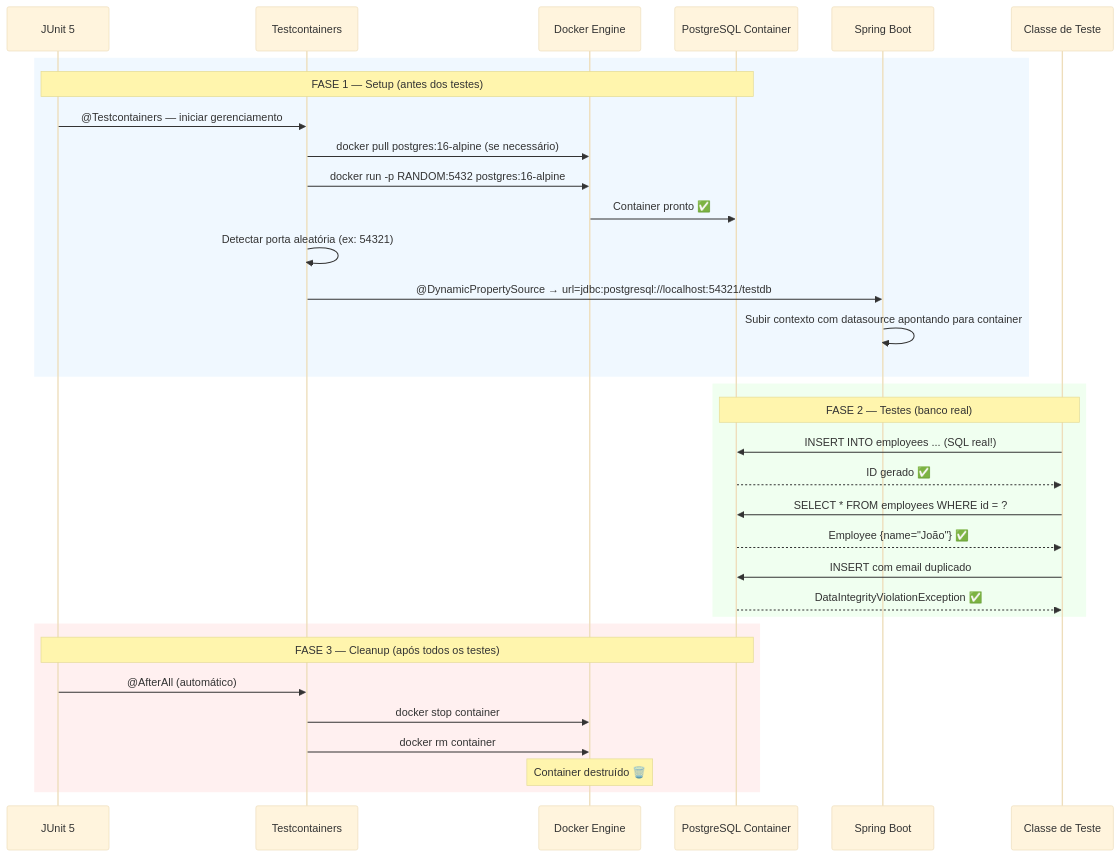
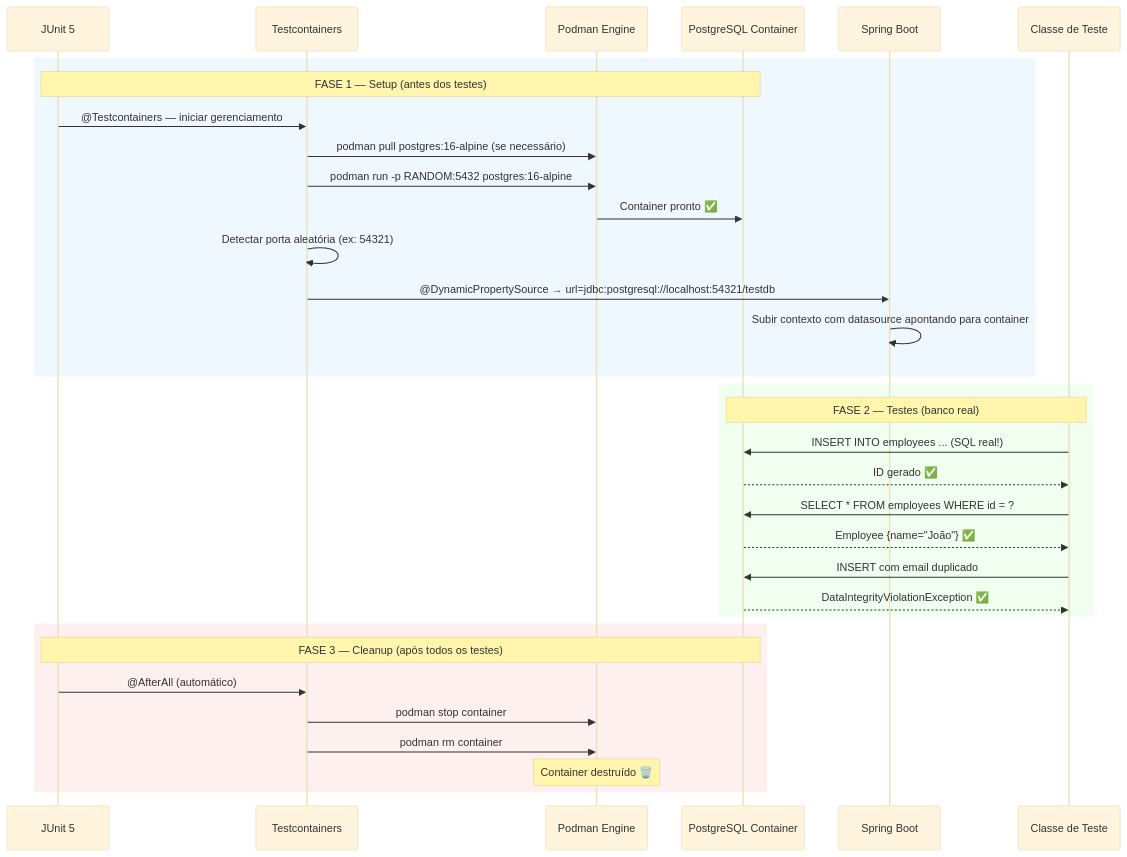
Before and after one commit to deusemarjunior/trein-java-intermed: the fourth of 9 diagrams in dia-04/slide-07.md, drawn with Mermaid (base theme). The commit also changed other lines of this file and 100 other files, not shown here.

Commit message:
removendo docker adicionando podman

````diff
--- a/dia-04/slide-07.md
+++ b/dia-04/slide-07.md
@@ -103,38 +103,38 @@
 ```mermaid
 sequenceDiagram
     participant JUnit as JUnit 5
     participant TC as Testcontainers
-    participant Docker as Docker Engine
+    participant Podman as Podman Engine
     participant PG as PostgreSQL Container
     participant Spring as Spring Boot
     participant Test as Classe de Teste
 
     rect rgb(240, 248, 255)
         Note over JUnit,PG: FASE 1 — Setup (antes dos testes)
         JUnit->>TC: @Testcontainers — iniciar gerenciamento
-        TC->>Docker: docker pull postgres:16-alpine (se necessário)
-        TC->>Docker: docker run -p RANDOM:5432 postgres:16-alpine
-        Docker->>PG: Container pronto ✅
+        TC->>Podman: podman pull postgres:16-alpine (se necessário)
+        TC->>Podman: podman run -p RANDOM:5432 postgres:16-alpine
+        Podman->>PG: Container pronto ✅
         TC->>TC: Detectar porta aleatória (ex: 54321)
         TC->>Spring: @DynamicPropertySource → url=jdbc:postgresql://localhost:54321/testdb
         Spring->>Spring: Subir contexto com datasource apontando para container
     end
 
     rect rgb(240, 255, 240)
         Note over Test,PG: FASE 2 — Testes (banco real)
         Test->>PG: INSERT INTO employees ... (SQL real!)
         PG-->>Test: ID gerado ✅
         Test->>PG: SELECT * FROM employees WHERE id = ? 
         PG-->>Test: Employee {name="João"} ✅
         Test->>PG: INSERT com email duplicado
         PG-->>Test: DataIntegrityViolationException ✅
     end
 
     rect rgb(255, 240, 240)
         Note over JUnit,PG: FASE 3 — Cleanup (após todos os testes)
         JUnit->>TC: @AfterAll (automático)
-        TC->>Docker: docker stop container
-        TC->>Docker: docker rm container
-        Note over Docker: Container destruído 🗑️
+        TC->>Podman: podman stop container
+        TC->>Podman: podman rm container
+        Note over Podman: Container destruído 🗑️
     end
 ```
````
